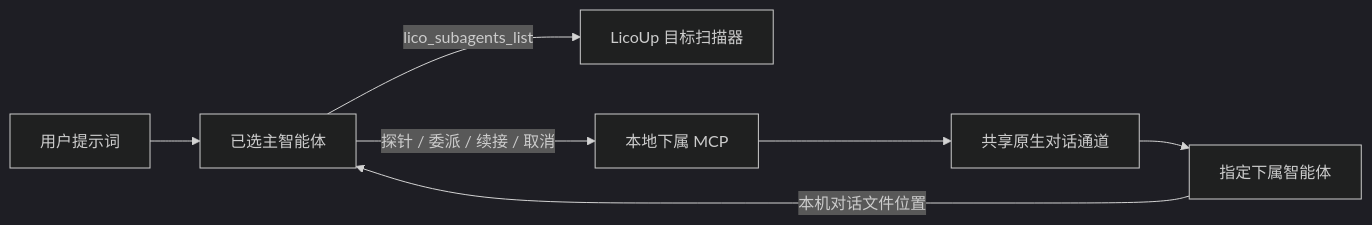
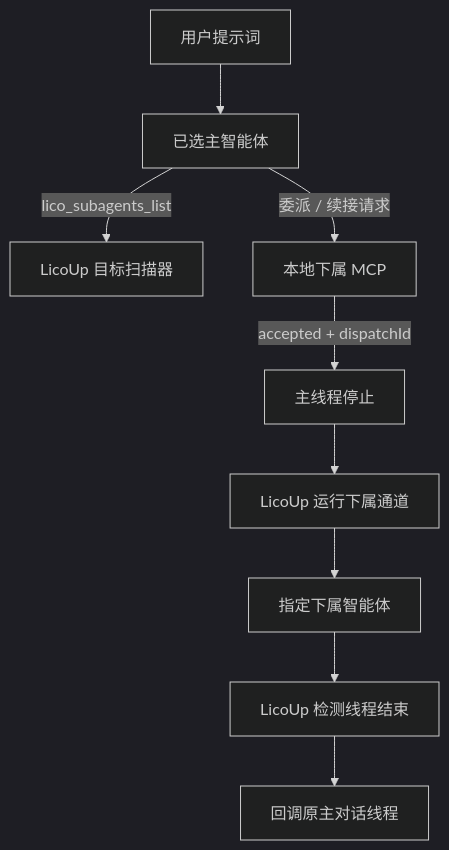
The diagram in docs/protocols/subagent-mcp.zh-CN.md (LicoLand/LicoUp), drawn with Mermaid (dark theme) before and after one commit. The commit also changed other lines of this file and 87 other files, not shown here.

````diff
--- a/docs/protocols/subagent-mcp.zh-CN.md
+++ b/docs/protocols/subagent-mcp.zh-CN.md
@@ -22,9 +26,11 @@
 ```mermaid
-flowchart LR
-    U["用户提示词"] --> M["已选主智能体"]
-    M -->|"lico_subagents_list"| S["LicoUp 目标扫描器"]
-    M -->|"探针 / 委派 / 续接 / 取消"| P["本地下属 MCP"]
-    P --> L["共享原生对话通道"]
-    L --> C["指定下属智能体"]
-    C -->|"本机对话文件位置"| M
+flowchart TD
+  U["用户提示词"] --> M["已选主智能体"]
+  M -->|"lico_subagents_list"| S["LicoUp 目标扫描器"]
+  M -->|"委派 / 续接请求"| P["本地下属 MCP"]
+  P -->|"accepted + dispatchId"| Stop["主线程停止"]
+  Stop --> L["LicoUp 运行下属通道"]
+  L --> C["指定下属智能体"]
+  C --> Detect["LicoUp 检测线程结束"]
+  Detect --> Resume["回调原主对话线程"]
 ```
````
